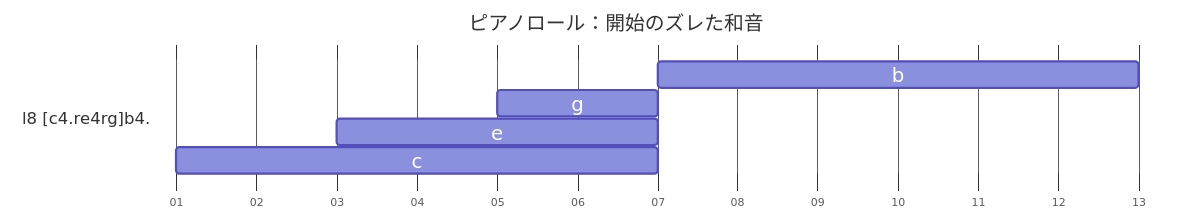
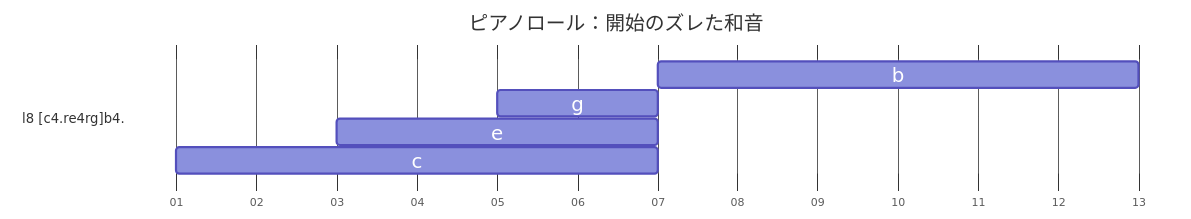
Before and after one commit to lineardrive/V3MMLmanual: the fourth of 4 diagrams in docs/ch09/9_2.md, drawn with Mermaid. The commit also changed other lines of this file, not shown here.

````diff
--- a/docs/ch09/9_2.md
+++ b/docs/ch09/9_2.md
@@ -117,29 +117,29 @@
 ```mermaid
 ---
 config:
   themeCSS: >-
     .tick text { display: none; }
   themeVariables:
     excludeBkgColor: "transparent"
     sectionBkgColor: "#fff"
   gantt:
     topPadding: 64
     titleTopMargin: 35
     barHeight: 24
     barGap: 2
     fontSize: 18
-    sectionFontSize: 15
+    sectionFontSize: 12
     leftPadding: 150
 ---
 gantt
     title ピアノロール：開始のズレた和音
     dateFormat YYYY-MM-DD
     tickInterval 1day
     axisFormat %d
 
     section l8 [c4.re4rg]b4.
         b :  t4,   after t1, 6d
         g :  t3, 2025-01-05, 2d
         e :  t2, 2025-01-03, 4d
         c :  t1, 2025-01-01, 6d
 ```
````
